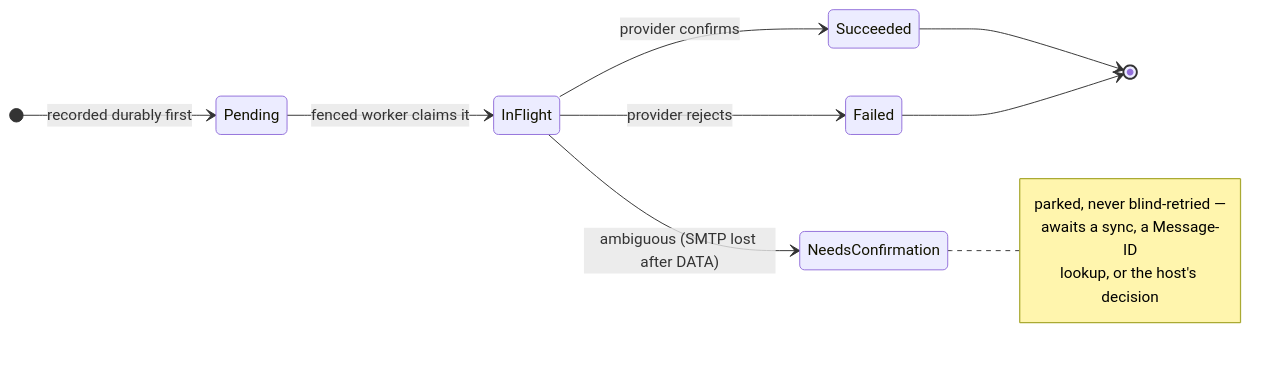
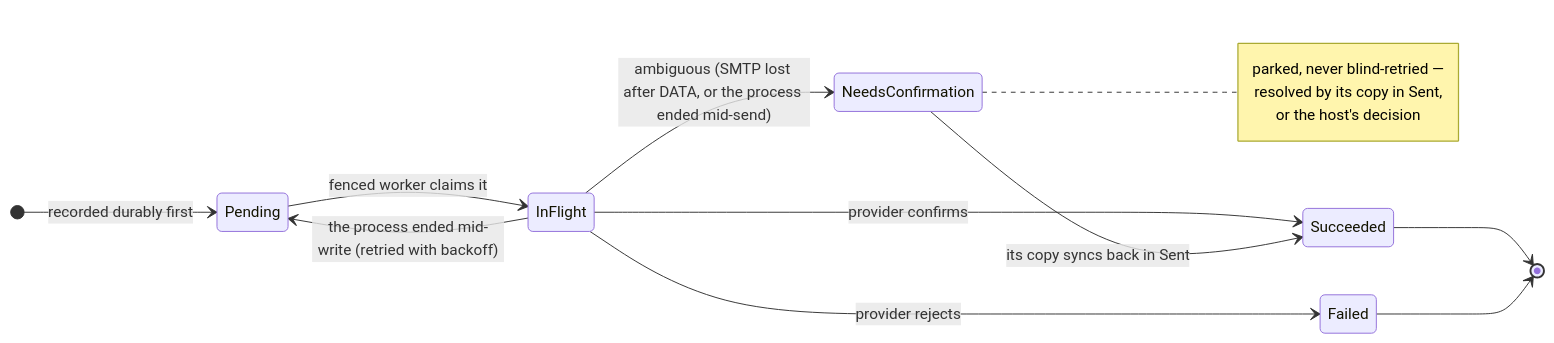
The third of 3 diagrams in README.md (allodia-eu/email-calendar-sync-engine), drawn with Mermaid before and after one commit. The commit also changed other lines of this file and 22 other files, not shown here.

First line of the commit message:
Recover what the last process left in flight, and let Sent confirm a send

````diff
--- a/README.md
+++ b/README.md
@@ -290,16 +292,18 @@
 ```mermaid
 stateDiagram-v2
     direction LR
     [*] --> Pending: recorded durably first
     Pending --> InFlight: fenced worker claims it
     InFlight --> Succeeded: provider confirms
     InFlight --> Failed: provider rejects
-    InFlight --> NeedsConfirmation: ambiguous (SMTP lost after DATA)
+    InFlight --> NeedsConfirmation: ambiguous (SMTP lost after DATA, or the process ended mid-send)
+    InFlight --> Pending: the process ended mid-write (retried with backoff)
+    NeedsConfirmation --> Succeeded: its copy syncs back in Sent
     Succeeded --> [*]
     Failed --> [*]
     note right of NeedsConfirmation
         parked, never blind-retried —
-        awaits a sync, a Message-ID
-        lookup, or the host's decision
+        resolved by its copy in Sent,
+        or the host's decision
     end note
 ```
````
